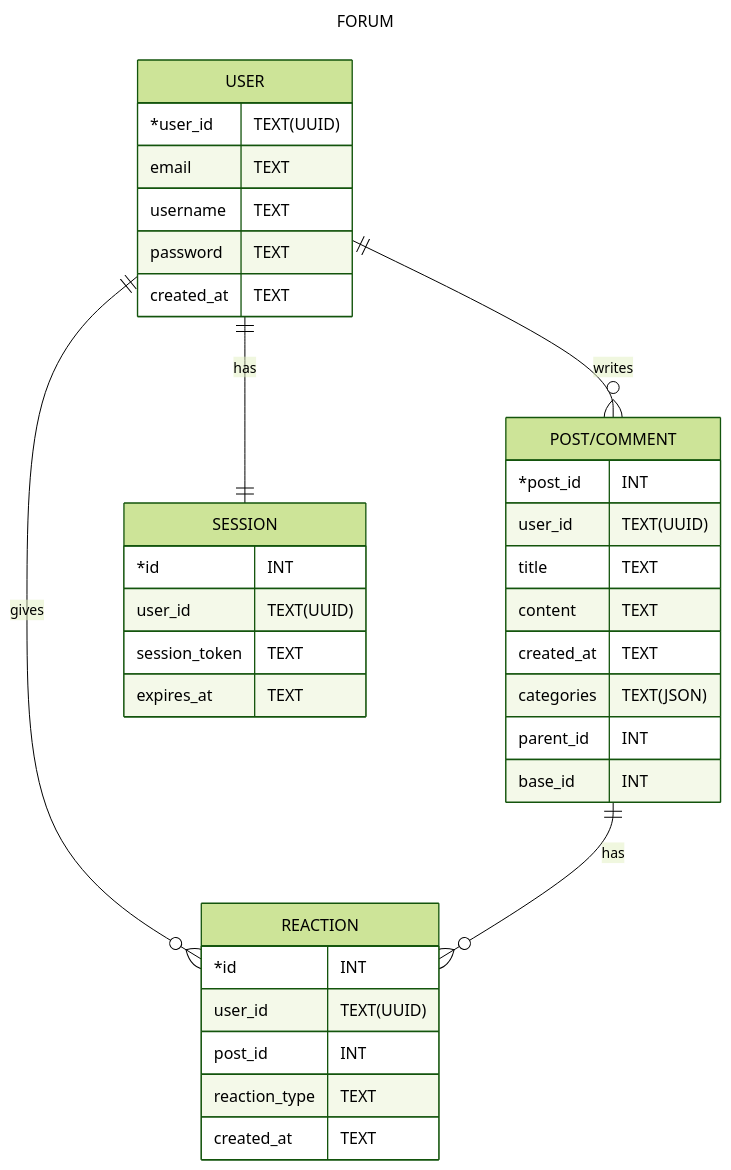
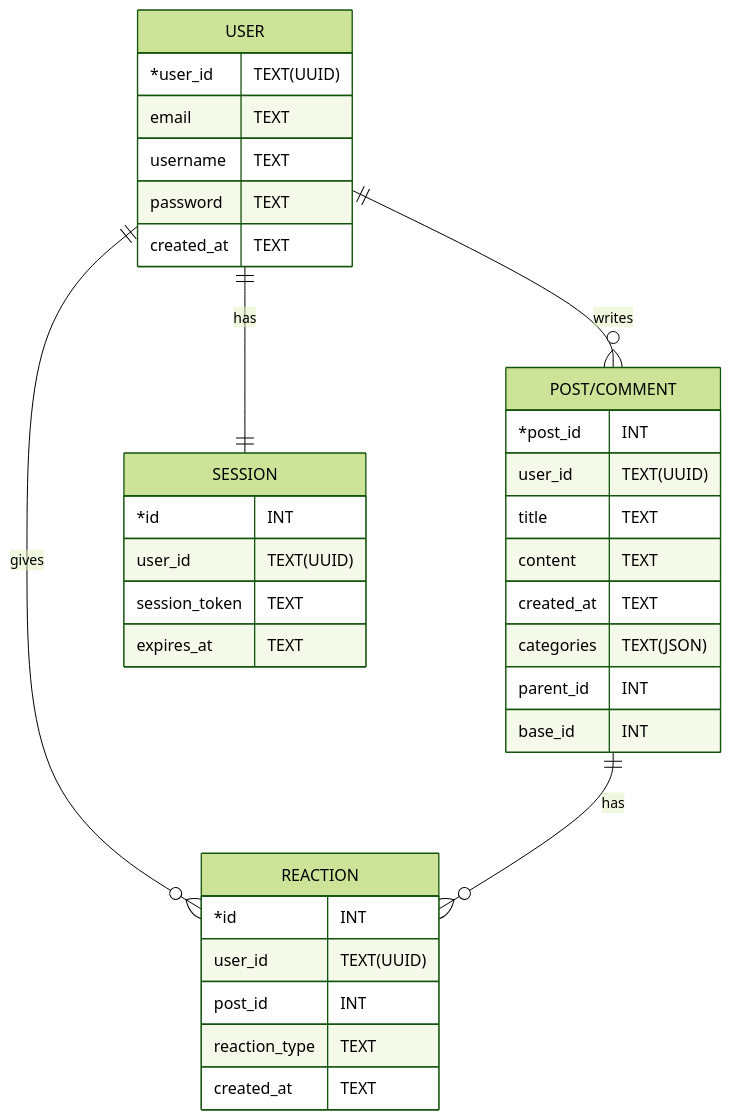
Before and after one commit to olegamobile/forum: the diagram in README.md, drawn with Mermaid (forest theme).

````diff
--- a/README.md
+++ b/README.md
@@ -31,42 +31,38 @@
 ```mermaid
----
-title: FORUM
----
-
 erDiagram
    USER {
         *user_id TEXT(UUID)
         email TEXT
         username TEXT
         password TEXT
         created_at TEXT
     }
     P["POST/COMMENT"] {
         *post_id INT
         user_id TEXT(UUID)
         title TEXT
         content TEXT
         created_at TEXT
         categories TEXT(JSON)
         parent_id INT
         base_id INT
     }
     R[REACTION] {
         *id INT
         user_id TEXT(UUID)
         post_id INT
         reaction_type TEXT
         created_at TEXT
     }
     S[SESSION] {
         *id INT
         user_id TEXT(UUID)
         session_token TEXT
         expires_at TEXT
     }
 
     USER ||--|| S : has
     USER ||--o{ P : writes
     USER ||--o{ R : gives
     P ||--o{ R : has
 ```
````
